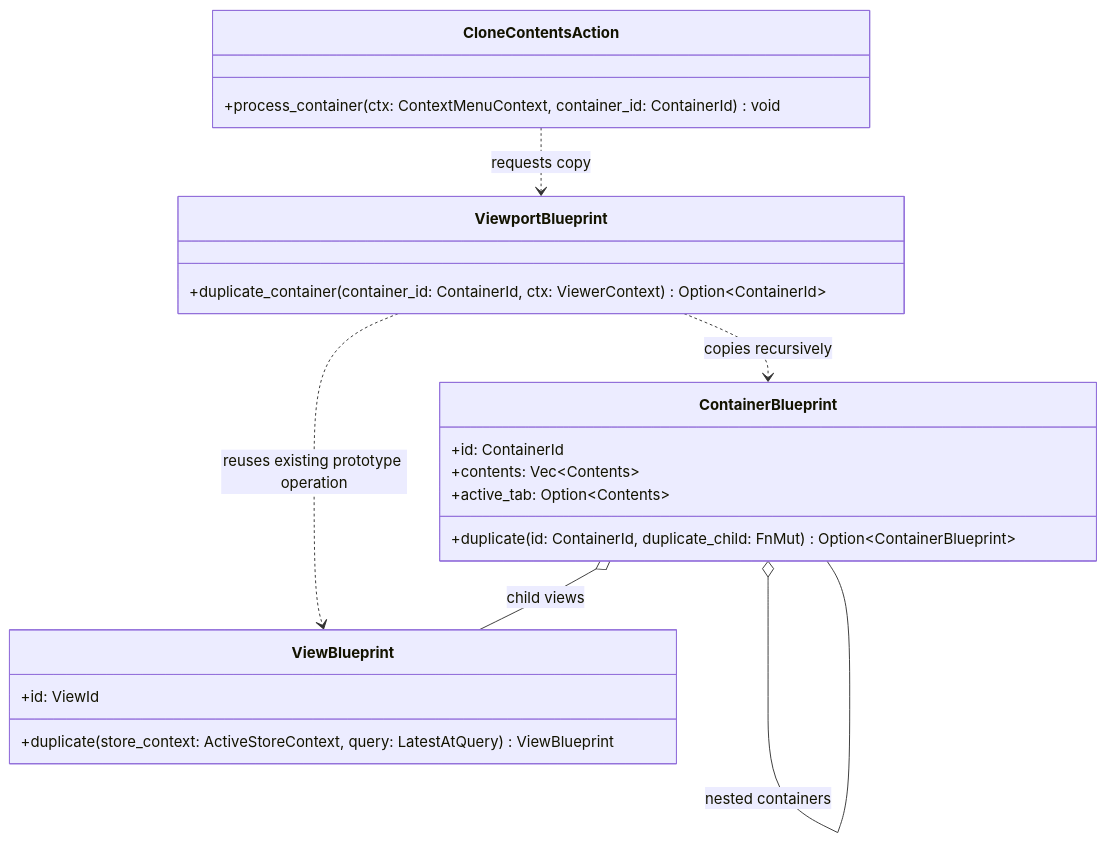
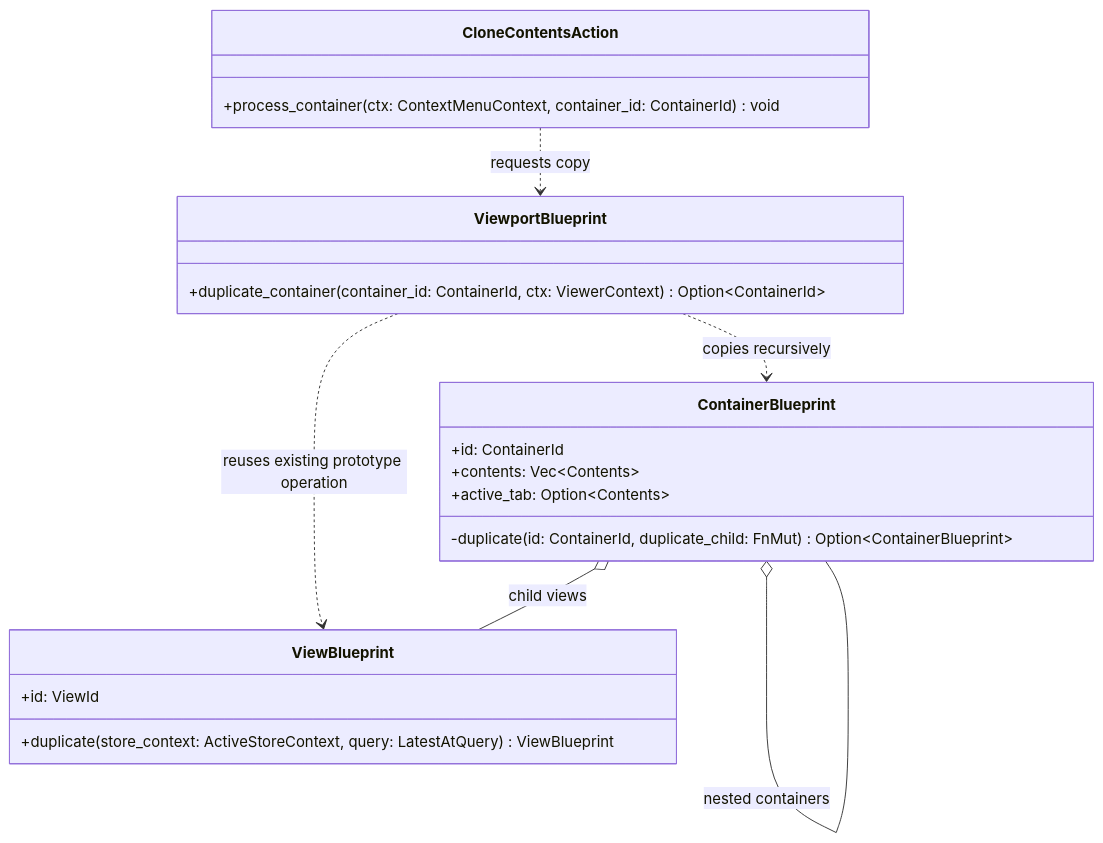
Before and after one commit to rerun-io/rerun: the first of 2 diagrams in docs/container-cloning.md, drawn with Mermaid. The commit also changed other lines of this file and 5 other files, not shown here.

````diff
--- a/docs/container-cloning.md
+++ b/docs/container-cloning.md
@@ -41,24 +41,24 @@
 ```mermaid
 classDiagram
     class CloneContentsAction {
         +process_container(ctx: ContextMenuContext, container_id: ContainerId) void
     }
     class ViewportBlueprint {
         +duplicate_container(container_id: ContainerId, ctx: ViewerContext) Option~ContainerId~
     }
     class ContainerBlueprint {
         +id: ContainerId
         +contents: Vec~Contents~
         +active_tab: Option~Contents~
-        +duplicate(id: ContainerId, duplicate_child: FnMut) Option~ContainerBlueprint~
+        -duplicate(id: ContainerId, duplicate_child: FnMut) Option~ContainerBlueprint~
     }
     class ViewBlueprint {
         +id: ViewId
         +duplicate(store_context: ActiveStoreContext, query: LatestAtQuery) ViewBlueprint
     }
     CloneContentsAction ..> ViewportBlueprint : requests copy
     ViewportBlueprint ..> ContainerBlueprint : copies recursively
     ViewportBlueprint ..> ViewBlueprint : reuses existing prototype operation
     ContainerBlueprint o-- ContainerBlueprint : nested containers
     ContainerBlueprint o-- ViewBlueprint : child views
 ```
````
